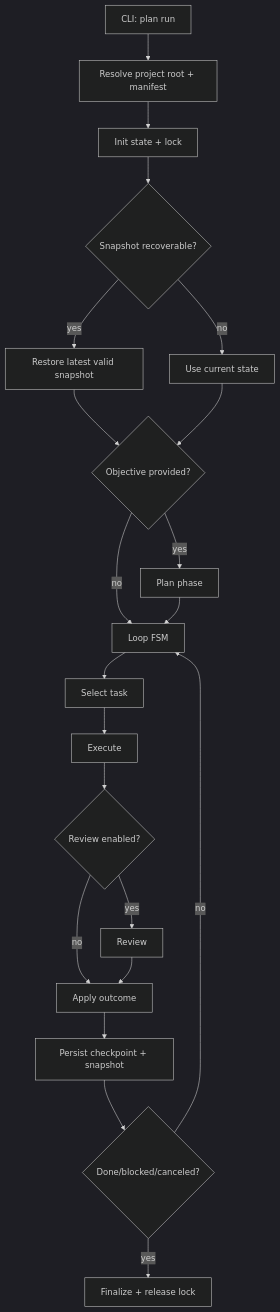
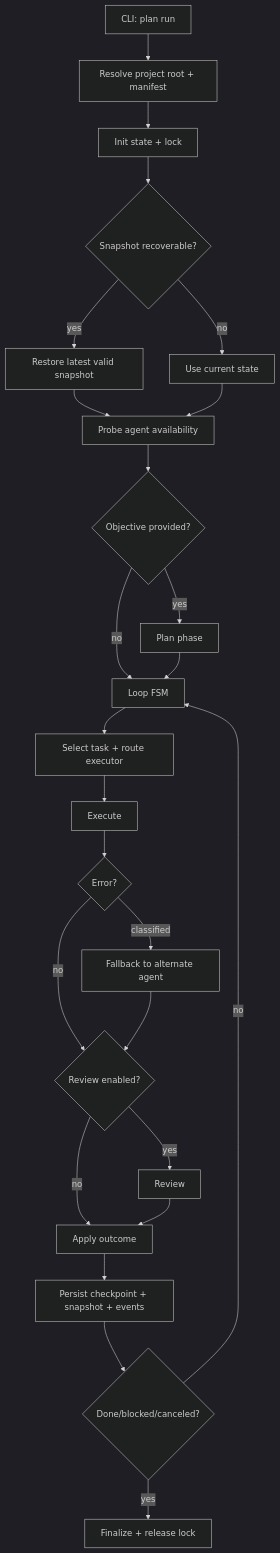
The diagram in docs/architecture.md (opus-domini/praetor), drawn with Mermaid before and after one commit. The commit also changed other lines of this file and 46 other files, not shown here.

````diff
--- a/docs/architecture.md
+++ b/docs/architecture.md
@@ -85,27 +106,31 @@
 ```mermaid
 ---
 config:
   theme: dark
 ---
 flowchart TD
     A[CLI: plan run] --> B[Resolve project root + manifest]
     B --> C[Init state + lock]
     C --> D{Snapshot recoverable?}
     D -- yes --> E[Restore latest valid snapshot]
     D -- no --> F[Use current state]
-    E --> G{Objective provided?}
+    E --> G[Probe agent availability]
     F --> G
-    G -- yes --> H[Plan phase]
-    G -- no --> I[Loop FSM]
-    H --> I
-    I --> J[Select task]
-    J --> K[Execute]
-    K --> L{Review enabled?}
-    L -- yes --> M[Review]
-    L -- no --> N[Apply outcome]
-    M --> N
-    N --> O[Persist checkpoint + snapshot]
-    O --> P{Done/blocked/canceled?}
-    P -- no --> I
-    P -- yes --> Q[Finalize + release lock]
+    G --> H{Objective provided?}
+    H -- yes --> I[Plan phase]
+    H -- no --> J[Loop FSM]
+    I --> J
+    J --> K[Select task + route executor]
+    K --> L[Execute]
+    L --> M{Error?}
+    M -- classified --> N[Fallback to alternate agent]
+    M -- no --> O{Review enabled?}
+    N --> O
+    O -- yes --> P[Review]
+    O -- no --> Q[Apply outcome]
+    P --> Q
+    Q --> R[Persist checkpoint + snapshot + events]
+    R --> S{Done/blocked/canceled?}
+    S -- no --> J
+    S -- yes --> T[Finalize + release lock]
 ```
````
